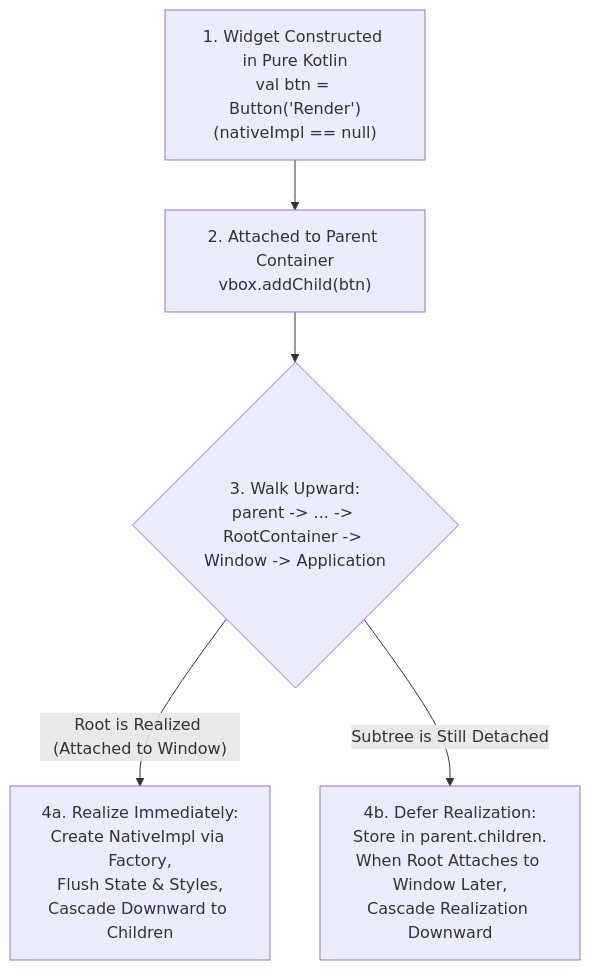
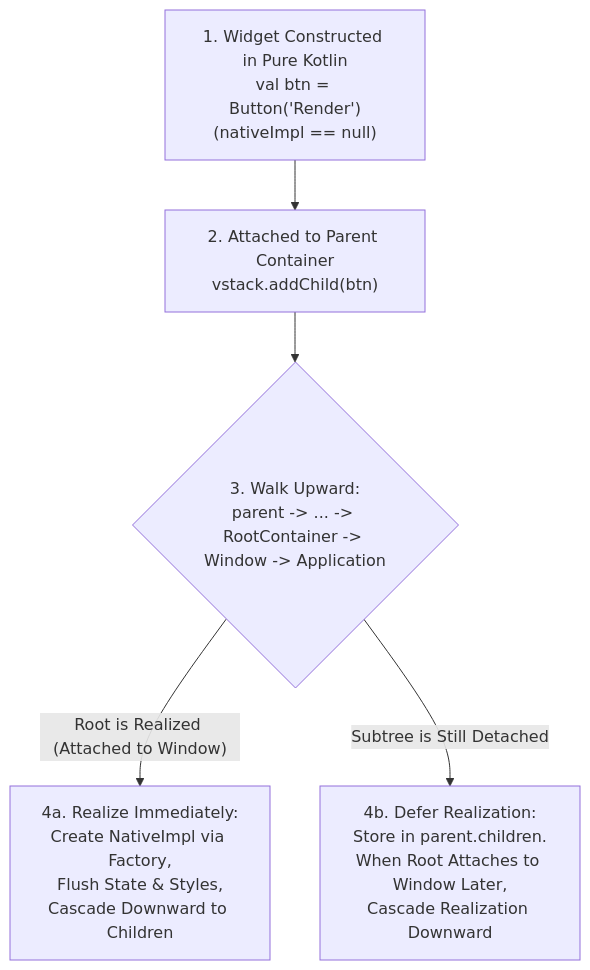
One commit to GenericUI/GenericUI changed the diagram in docs/architecture.md. Above: the diagram before and after it, drawn with Mermaid. The commit also changed other lines of this file and 177 other files, not shown here.

Commit message:
feat: complete 9-phase single-commonMain architecture, hybrid layout helpers, resource system, and submodule updates

````diff
--- a/docs/architecture.md
+++ b/docs/architecture.md
@@ -71,7 +68,7 @@
 ```mermaid
 flowchart TD
-    A["1. Widget Constructed in Pure Kotlin<br/>val btn = Button('Render')<br/>(nativeImpl == null)"] --> B["2. Attached to Parent Container<br/>vbox.addChild(btn)"]
+    A["1. Widget Constructed in Pure Kotlin<br/>val btn = Button('Render')<br/>(nativeImpl == null)"] --> B["2. Attached to Parent Container<br/>vstack.addChild(btn)"]
     B --> C{"3. Walk Upward:<br/>parent -> ... -> RootContainer -> Window -> Application"}
     C -- "Root is Realized (Attached to Window)" --> D["4a. Realize Immediately:<br/>Create NativeImpl via Factory,<br/>Flush State & Styles,<br/>Cascade Downward to Children"]
     C -- "Subtree is Still Detached" --> E["4b. Defer Realization:<br/>Store in parent.children.<br/>When Root Attaches to Window Later,<br/>Cascade Realization Downward"]
 ```
````
